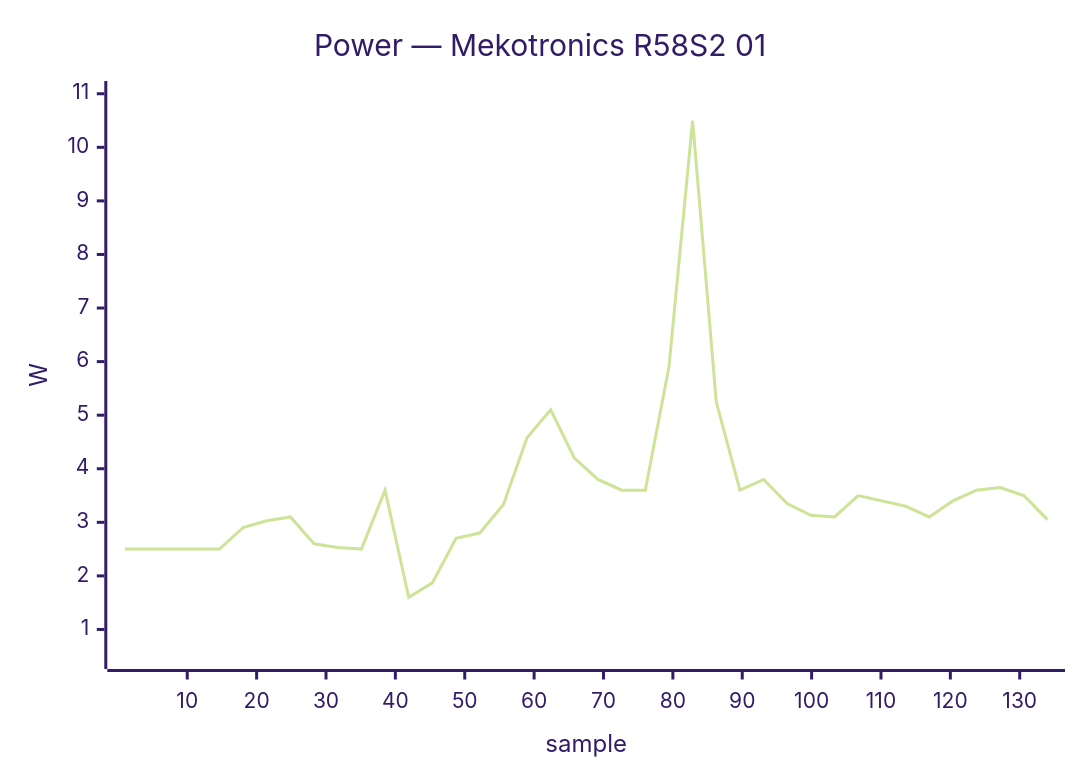
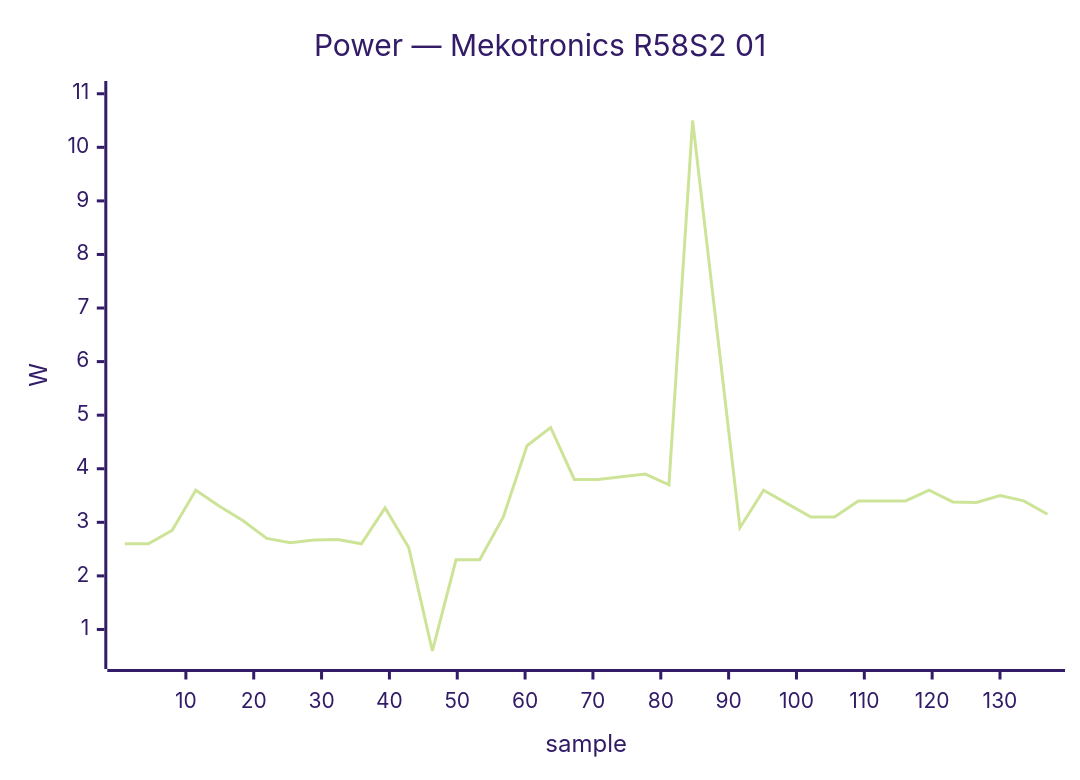
Before and after one commit to armbian/documentation: diagram 19 of 41 in docs/status/board-tests.md, drawn with Mermaid (forest theme). The commit also changed other lines of this file, not shown here.

````diff
--- a/docs/status/board-tests.md
+++ b/docs/status/board-tests.md
@@ -747,7 +812,7 @@
 ```mermaid
 xychart-beta
     title "Power — Mekotronics R58S2 01"
-    x-axis "sample" 1 --> 134
+    x-axis "sample" 1 --> 137
     y-axis "W" 0.5 --> 11.0
-    line [2.50, 2.50, 2.50, 2.50, 2.50, 2.90, 3.03, 3.10, 2.60, 2.53, 2.50, 3.60, 1.60, 1.87, 2.70, 2.80, 3.33, 4.58, 5.10, 4.20, 3.80, 3.60, 3.60, 5.90, 10.50, 5.25, 3.60, 3.80, 3.35, 3.13, 3.10, 3.50, 3.40, 3.30, 3.10, 3.40, 3.60, 3.65, 3.50, 3.05]
+    line [2.60, 2.60, 2.85, 3.60, 3.30, 3.03, 2.70, 2.62, 2.67, 2.68, 2.60, 3.27, 2.53, 0.60, 2.30, 2.30, 3.10, 4.43, 4.77, 3.80, 3.80, 3.85, 3.90, 3.70, 10.50, 6.70, 2.90, 3.60, 3.35, 3.10, 3.10, 3.40, 3.40, 3.40, 3.60, 3.38, 3.37, 3.50, 3.40, 3.15]
 ```
````
